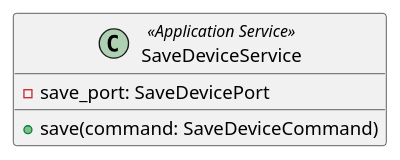
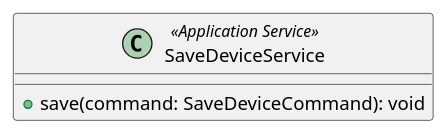
Before and after one commit to GroupRubberDuck/Documentazione: the diagram in src/PB/DocumentazioneEsterna/Specifica_Tecnica/content/uml/puml/Diagrammi_classi/Backend/ApplicationServices/SaveDeviceService.puml, drawn with PlantUML. The commit also changed 74 other files, not shown here.

Commit message:
Feat: applicate correzioni a tutti i diagrammi con le indicazioni di Cardin, riordino cartella

```diff
--- a/src/PB/DocumentazioneEsterna/Specifica_Tecnica/content/uml/puml/Diagrammi_classi/Backend/ApplicationServices/SaveDeviceService.puml
+++ b/src/PB/DocumentazioneEsterna/Specifica_Tecnica/content/uml/puml/Diagrammi_classi/Backend/ApplicationServices/SaveDeviceService.puml
@@ -1,9 +1,7 @@
 @startuml SaveDeviceService
 
 class SaveDeviceService <<Application Service>> {
-    - save_port: SaveDevicePort
-
-    + save(command: SaveDeviceCommand)
+    + save(command: SaveDeviceCommand): void
 }
 
 @enduml
```
